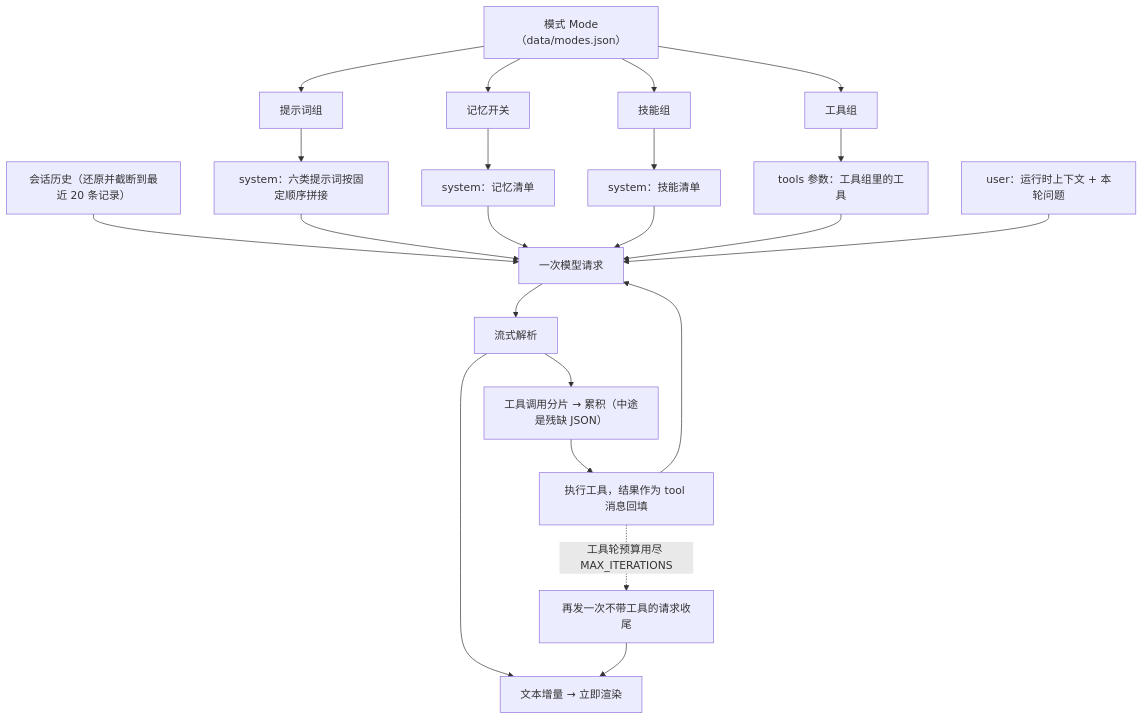
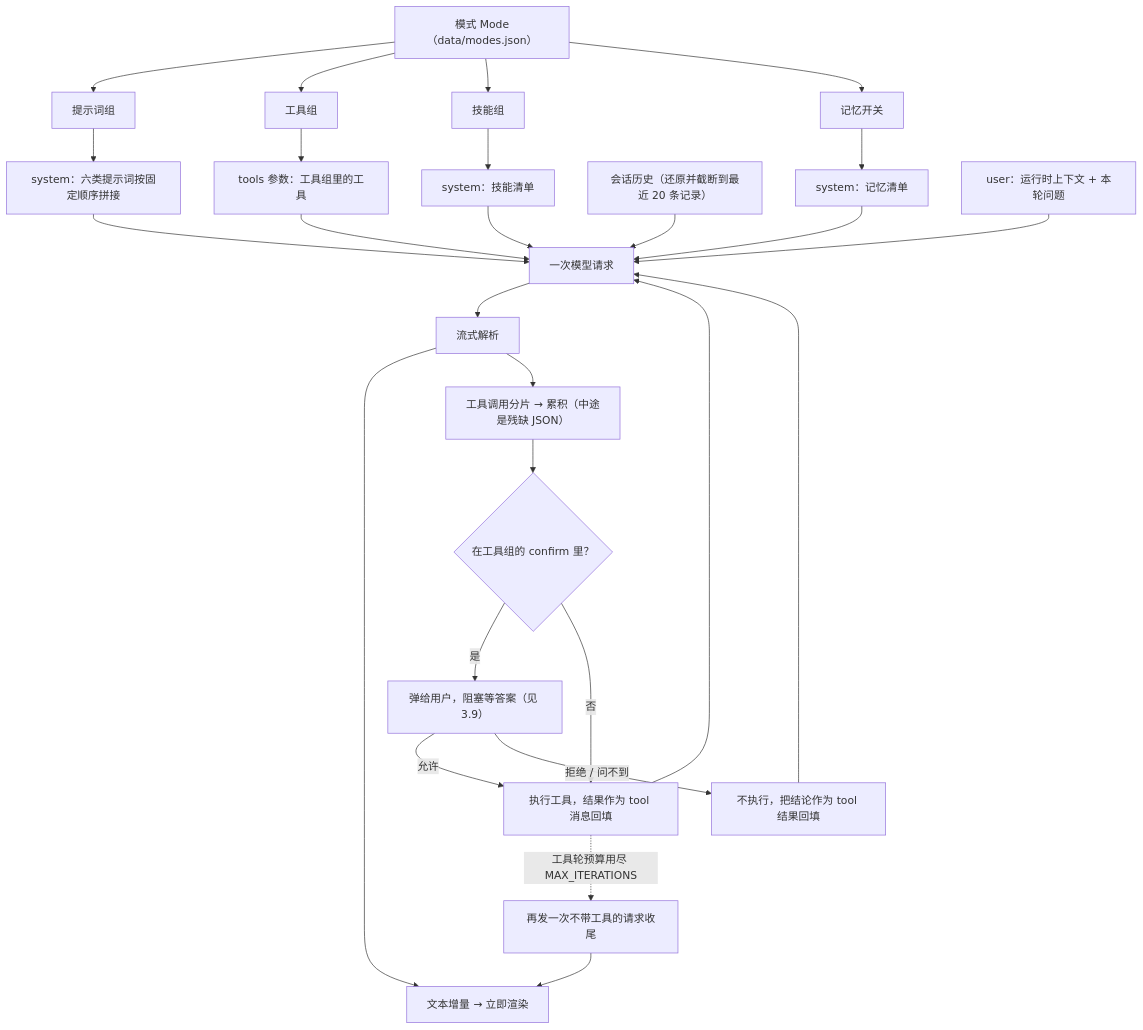
One commit to Xetures/quill-agent changed the diagram in README.md. Above: the diagram before and after it, drawn with Mermaid. The commit also changed other lines of this file and 23 other files, not shown here.

````diff
--- a/README.md
+++ b/README.md
@@ -189,27 +191,32 @@
 ```mermaid
 flowchart TD
     M["模式 Mode（data/modes.json）"] --> P["提示词组"]
     M --> T["工具组"]
     M --> S["技能组"]
     M --> R["记忆开关"]
 
     P --> SYS["system：六类提示词按固定顺序拼接"]
     R --> MEM["system：记忆清单"]
     S --> CAT["system：技能清单"]
 
     HIST["会话历史（还原并截断到最近 20 条记录）"] --> REQ["一次模型请求"]
     SYS --> REQ
     MEM --> REQ
     CAT --> REQ
     T --> TOOLS["tools 参数：工具组里的工具"]
     TOOLS --> REQ
     USR["user：运行时上下文 + 本轮问题"] --> REQ
 
     REQ --> STREAM["流式解析"]
     STREAM --> TXT["文本增量 → 立即渲染"]
     STREAM --> TC["工具调用分片 → 累积（中途是残缺 JSON）"]
-    TC --> EXEC["执行工具，结果作为 tool 消息回填"]
+    TC --> JUDGE{"在工具组的 confirm 里？"}
+    JUDGE -- 是 --> ASK["弹给用户，阻塞等答案（见 3.9）"]
+    JUDGE -- 否 --> EXEC
+    ASK -- 允许 --> EXEC["执行工具，结果作为 tool 消息回填"]
+    ASK -- 拒绝 / 问不到 --> SKIP["不执行，把结论作为 tool 结果回填"]
     EXEC --> REQ
+    SKIP --> REQ
     EXEC -. 工具轮预算用尽 MAX_ITERATIONS .-> FINAL["再发一次不带工具的请求收尾"]
     FINAL --> TXT
 ```
````
